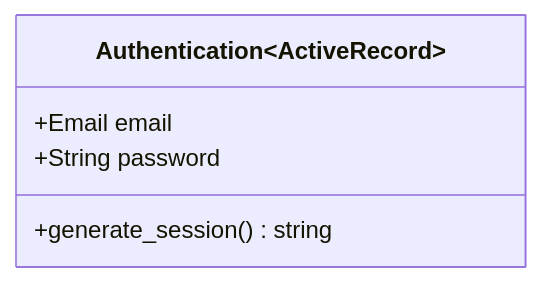
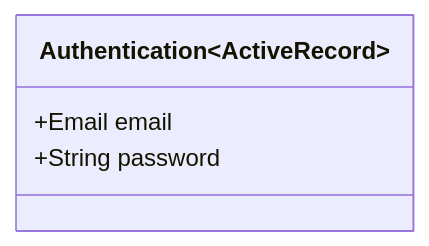
The diagram in _footfantasy/design_authentication.md (floriankdrone/floriankdrone.github.io), drawn with Mermaid before and after one commit.

Commit message:
rails will take care of the session

```diff
--- a/_footfantasy/design_authentication.md
+++ b/_footfantasy/design_authentication.md
@@ -9,8 +9,7 @@
 <div class="mermaid">
 classDiagram
   class Authentication~ActiveRecord~{
     +Email email
     +String password
-    +generate_session() string
   }
 </div>
```
